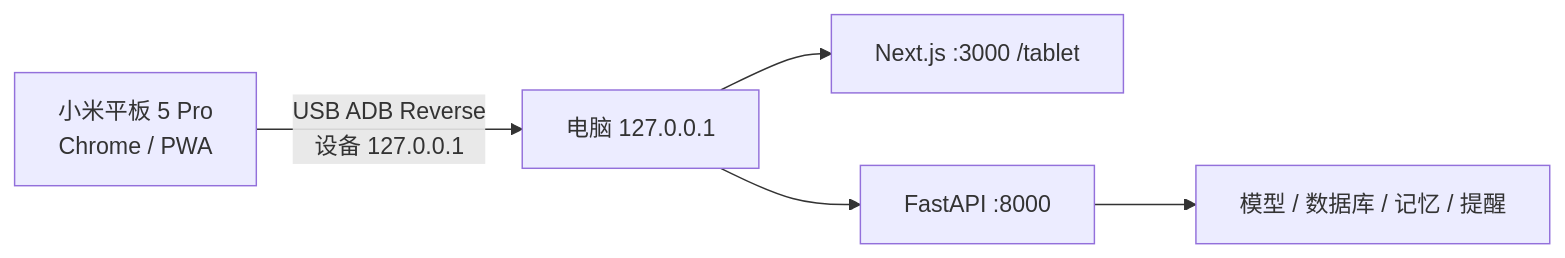
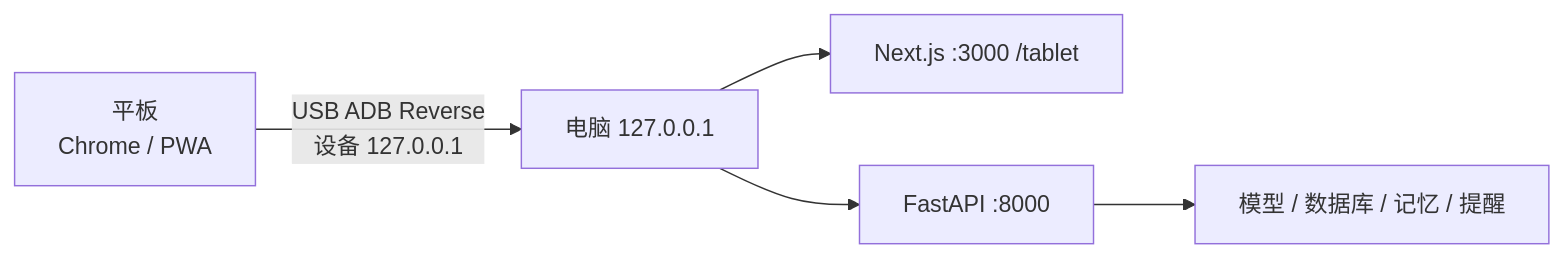
Before and after one commit to Lyb-L-dev/jarvis-os: the third of 8 diagrams in docs/ARCHITECTURE.md, drawn with Mermaid. The commit also changed other lines of this file and 19 other files, not shown here.

````diff
--- a/docs/ARCHITECTURE.md
+++ b/docs/ARCHITECTURE.md
@@ -67,7 +67,7 @@
 ```mermaid
 flowchart LR
-    PAD["小米平板 5 Pro\nChrome / PWA"] -->|"USB ADB Reverse\n设备 127.0.0.1"| LOOPBACK["电脑 127.0.0.1"]
+    PAD["平板\nChrome / PWA"] -->|"USB ADB Reverse\n设备 127.0.0.1"| LOOPBACK["电脑 127.0.0.1"]
     LOOPBACK --> WEB["Next.js :3000 /tablet"]
     LOOPBACK --> API["FastAPI :8000"]
     API --> CORE["模型 / 数据库 / 记忆 / 提醒"]
 ```
````
